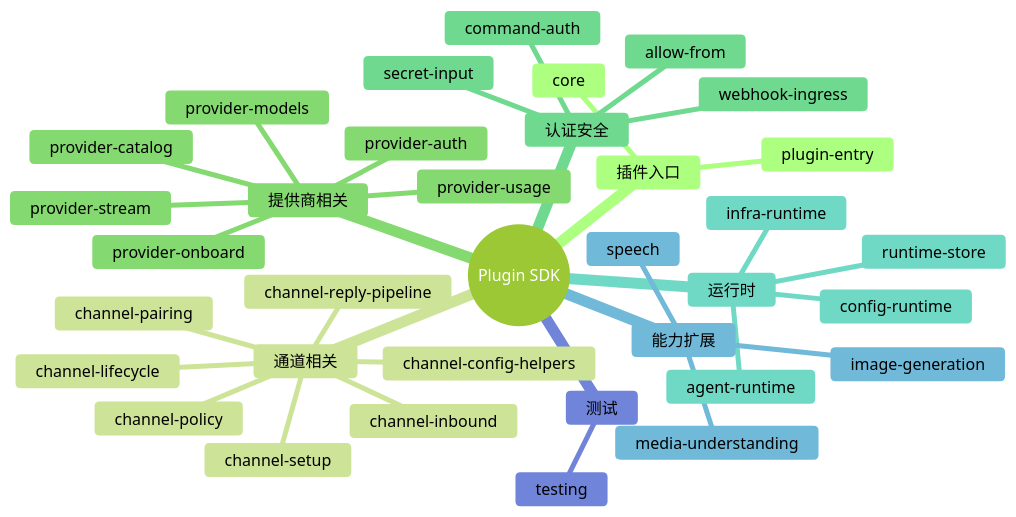
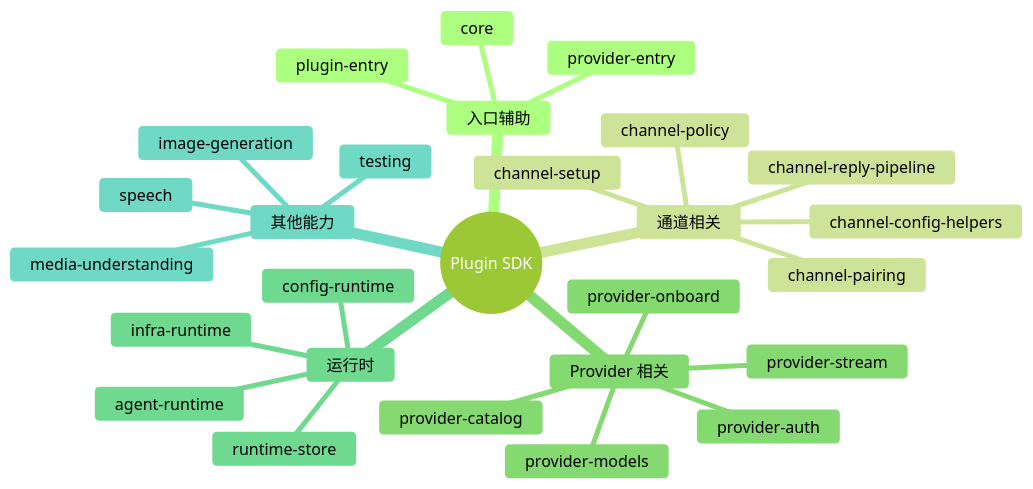
Before and after one commit to Cleam/openclaw: the second of 2 diagrams in learn/10-plugins.md, drawn with Mermaid (forest theme). The commit also changed other lines of this file, not shown here.

````diff
--- a/learn/10-plugins.md
+++ b/learn/10-plugins.md
@@ -152,38 +174,30 @@
 ```mermaid
 mindmap
   root((Plugin SDK))
-    插件入口
+    入口辅助
       plugin-entry
       core
+      provider-entry
     通道相关
       channel-setup
       channel-pairing
       channel-reply-pipeline
       channel-config-helpers
       channel-policy
-      channel-lifecycle
-      channel-inbound
-    提供商相关
+    Provider 相关
       provider-auth
       provider-models
       provider-catalog
-      provider-usage
       provider-stream
       provider-onboard
-    认证安全
-      command-auth
-      allow-from
-      secret-input
-      webhook-ingress
     运行时
       runtime-store
       config-runtime
       infra-runtime
       agent-runtime
-    能力扩展
+    其他能力
+      speech
       image-generation
       media-understanding
-      speech
-    测试
       testing
 ```
````
